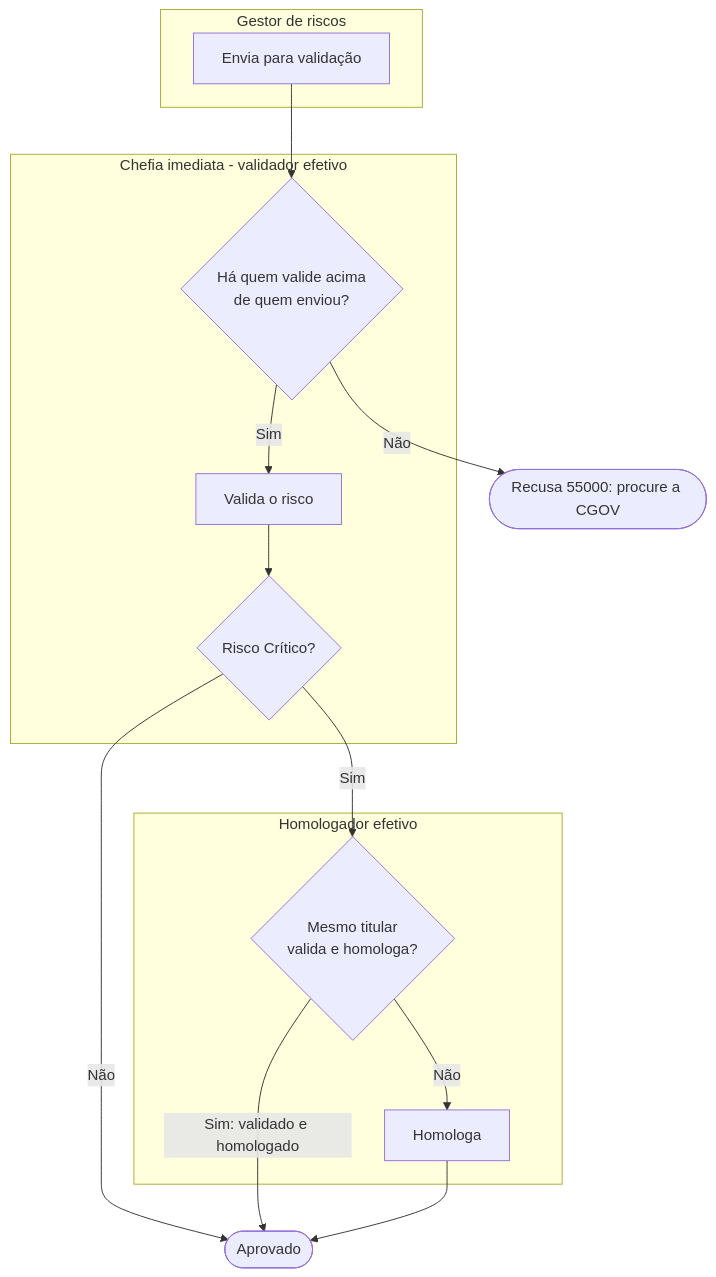
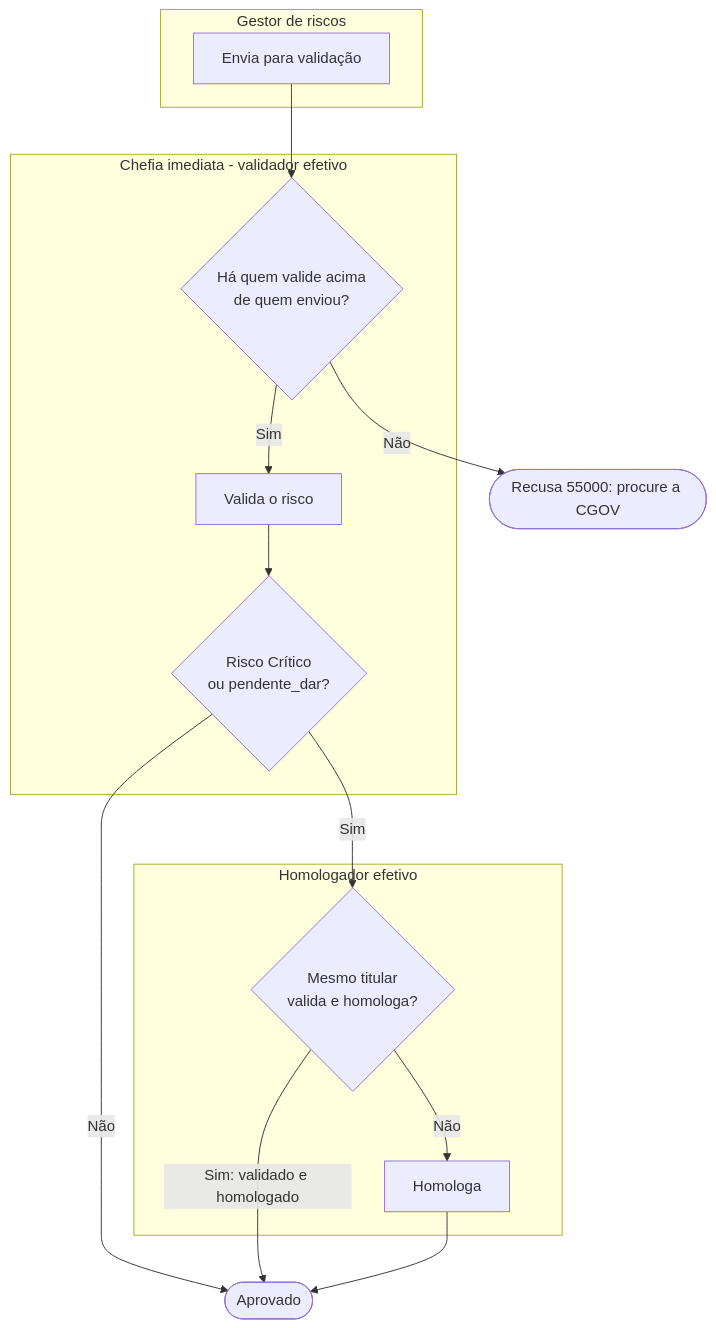
Before and after one commit to lpchagas/cgov-riscos: the second of 3 diagrams in docs/50-nivel5-software/uml-02-atividades.md, drawn with Mermaid. The commit also changed other lines of this file and 12 other files, not shown here.

Commit message:
docs(fase4): triagem da revisão final dos ADRs 0004-0016 e dos diagramas UML

````diff
--- a/docs/50-nivel5-software/uml-02-atividades.md
+++ b/docs/50-nivel5-software/uml-02-atividades.md
@@ -54,24 +54,24 @@
 ```mermaid
 flowchart TD
   subgraph GES[Gestor de riscos]
     env[Envia para validação]
   end
   subgraph VAL[Chefia imediata - validador efetivo]
     v{Há quem valide acima<br/>de quem enviou?}
     val[Valida o risco]
-    crit{Risco Crítico?}
+    crit{Risco Crítico<br/>ou pendente_dar?}
   end
   subgraph HOM[Homologador efetivo]
     h{Mesmo titular<br/>valida e homologa?}
     hom[Homologa]
   end
   rec([Recusa 55000: procure a CGOV])
   apr([Aprovado])
   env --> v
   v -->|Não| rec
   v -->|Sim| val --> crit
   crit -->|Não| apr
   crit -->|Sim| h
   h -->|Sim: validado e homologado| apr
   h -->|Não| hom --> apr
 ```
````
